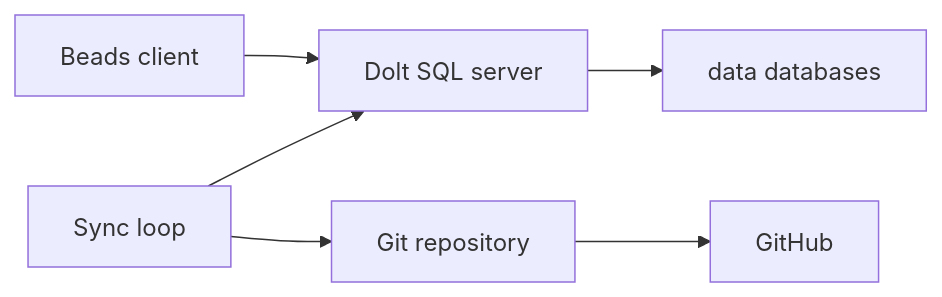
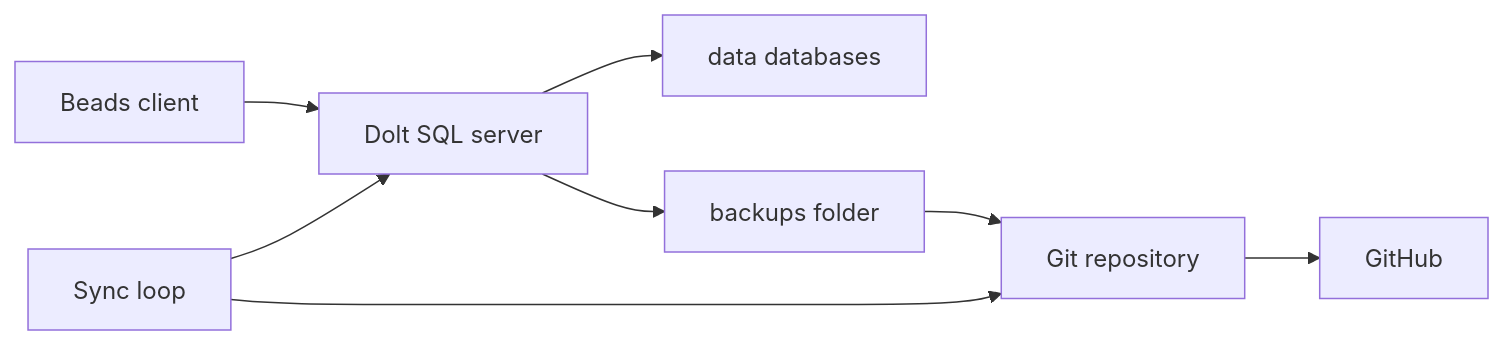
Before and after one commit to mifkata/beads-dolt: the diagram in README.md, drawn with Mermaid. The commit also changed other lines of this file and 6 other files, not shown here.

````diff
--- a/README.md
+++ b/README.md
@@ -179,8 +198,10 @@
 ```mermaid
 flowchart LR
   client[Beads client] --> server[Dolt SQL server]
   server --> databases[data databases]
   loop[Sync loop] --> server
-  loop --> repo[Git repository]
+  server --> backups[backups folder]
+  backups --> repo[Git repository]
+  loop --> repo
   repo --> github[GitHub]
 ```
````
